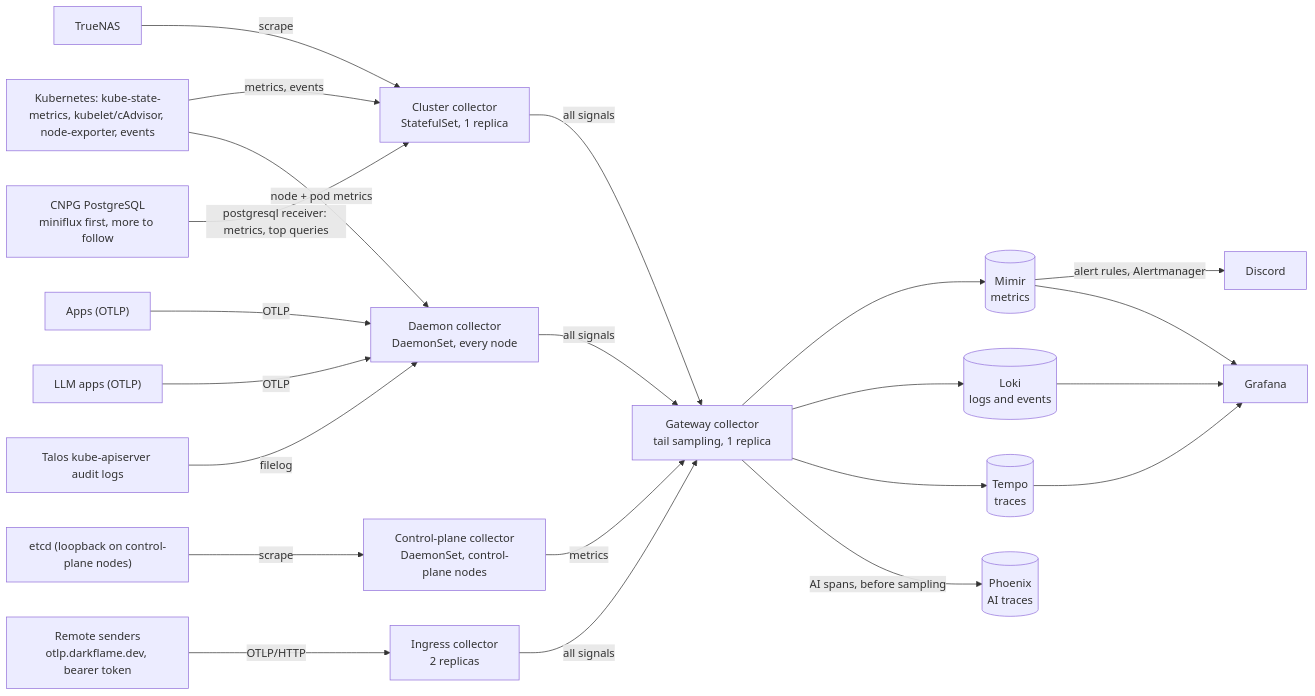
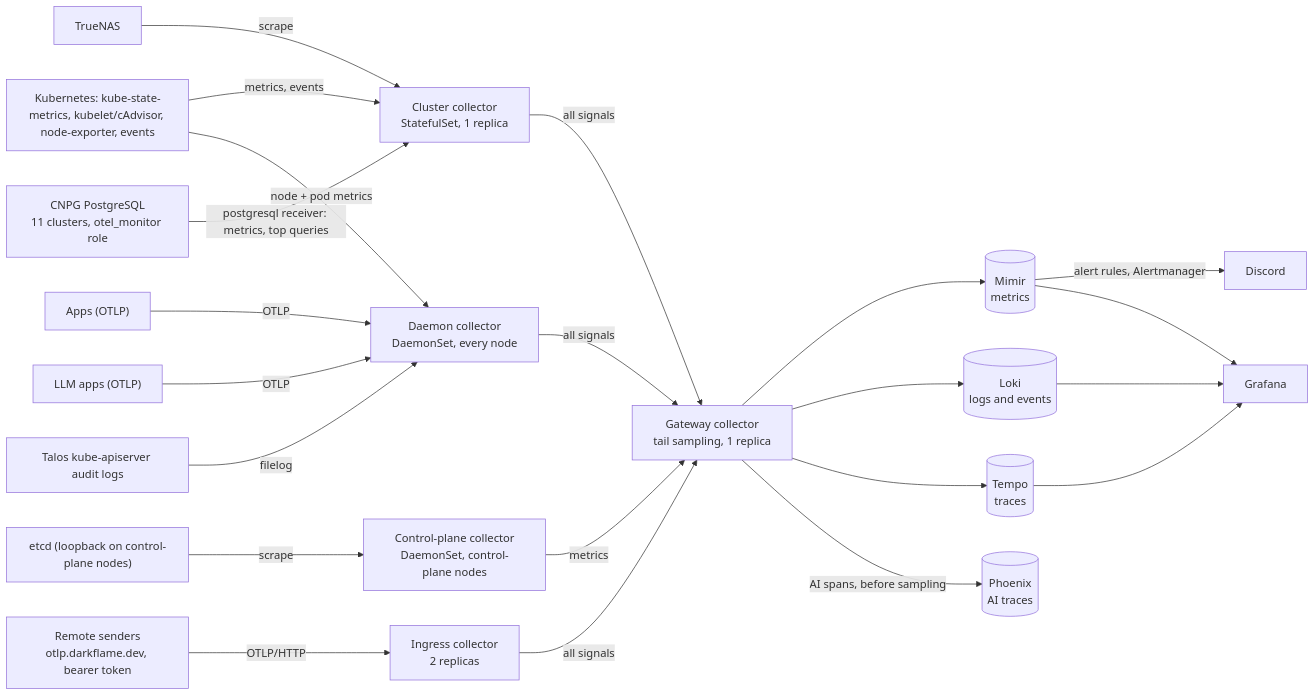
The diagram in docs/observability.md (Darkflame72/home-ops), drawn with Mermaid before and after one commit. The commit also changed other lines of this file and 12 other files, not shown here.

````diff
--- a/docs/observability.md
+++ b/docs/observability.md
@@ -10,49 +10,49 @@
 ```mermaid
 flowchart LR
     K8S["Kubernetes: kube-state-metrics, kubelet/cAdvisor, node-exporter, events"]
     APPS["Apps (OTLP)"]
     LLM["LLM apps (OTLP)"]
     AUDIT["Talos kube-apiserver audit logs"]
     NAS["TrueNAS"]
-    PG["CNPG PostgreSQL<br/>miniflux first, more to follow"]
+    PG["CNPG PostgreSQL<br/>11 clusters, otel_monitor role"]
     ETCD["etcd (loopback on control-plane nodes)"]
     REMOTE["Remote senders<br/>otlp.darkflame.dev, bearer token"]
 
     CC["Cluster collector<br/>StatefulSet, 1 replica"]
     DC["Daemon collector<br/>DaemonSet, every node"]
     CPC["Control-plane collector<br/>DaemonSet, control-plane nodes"]
     IC["Ingress collector<br/>2 replicas"]
     GC["Gateway collector<br/>tail sampling, 1 replica"]
 
     MIMIR[(Mimir<br/>metrics)]
     LOKI[(Loki<br/>logs and events)]
     TEMPO[(Tempo<br/>traces)]
     PHX[(Phoenix<br/>AI traces)]
     GRAF["Grafana"]
     DISCORD["Discord"]
 
     K8S -->|metrics, events| CC
     K8S -->|node + pod metrics| DC
     NAS -->|scrape| CC
     PG -->|postgresql receiver: metrics, top queries| CC
     APPS -->|OTLP| DC
     LLM -->|OTLP| DC
     AUDIT -->|filelog| DC
     ETCD -->|scrape| CPC
     REMOTE -->|OTLP/HTTP| IC
 
     CC -->|all signals| GC
     DC -->|all signals| GC
     CPC -->|metrics| GC
     IC -->|all signals| GC
 
     GC --> MIMIR
     GC --> LOKI
     GC --> TEMPO
     GC -->|AI spans, before sampling| PHX
 
     MIMIR -->|alert rules, Alertmanager| DISCORD
     MIMIR --> GRAF
     LOKI --> GRAF
     TEMPO --> GRAF
 ```
````
